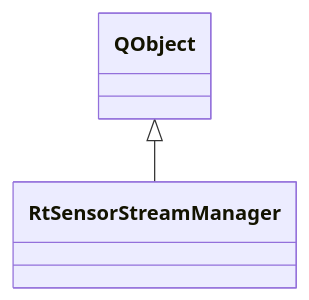
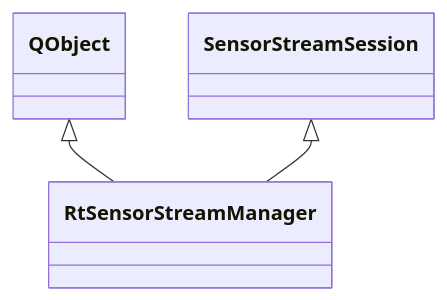
One commit to mne-tools/mne-cpp changed the diagram in doc/website/docs/api/viz-qt/rt-sensor-stream-manager.mdx. Above: the diagram before and after it, drawn with Mermaid. The commit also changed other lines of this file and 16 other files, not shown here.

````diff
--- a/doc/website/docs/api/viz-qt/rt-sensor-stream-manager.mdx
+++ b/doc/website/docs/api/viz-qt/rt-sensor-stream-manager.mdx
@@ -26,4 +22,6 @@
 ```mermaid
 classDiagram
     QObject <|-- RtSensorStreamManager
+    SensorStreamSession <|-- RtSensorStreamManager
+    click SensorStreamSession href "../../viz/sensor-stream-session/"
 ```
````
